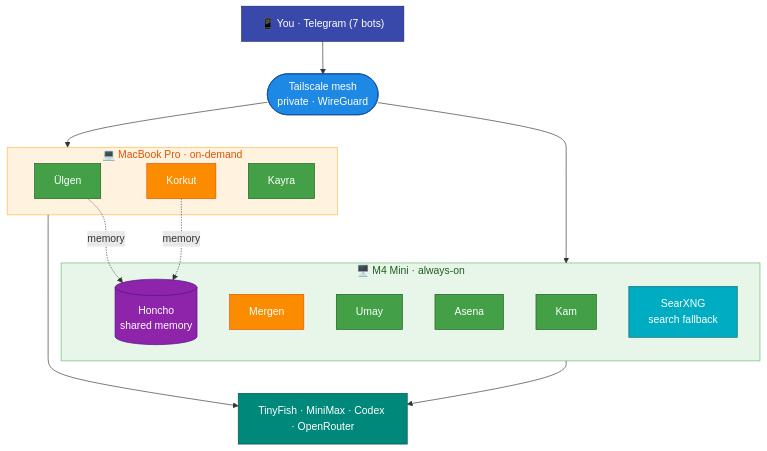
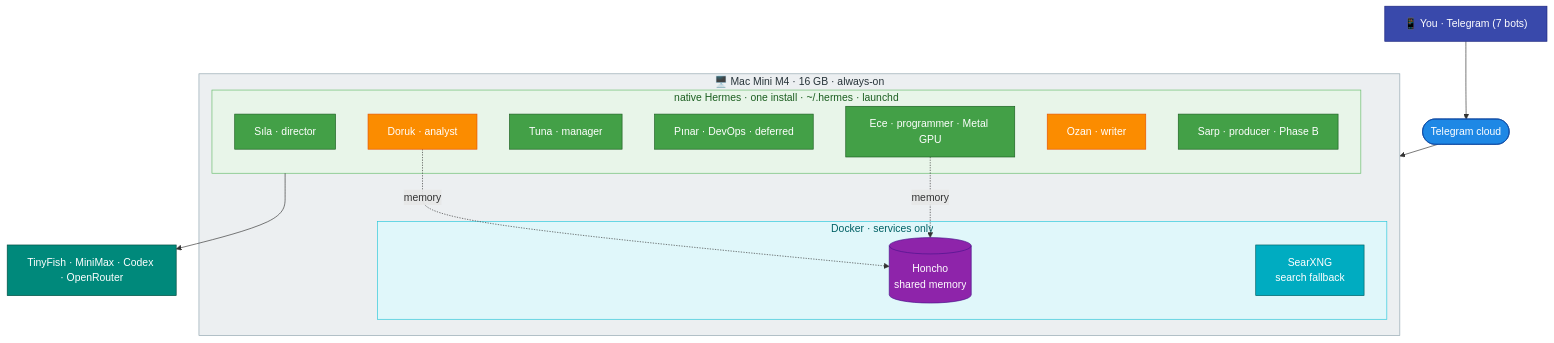
Before and after one commit to mpolatcan/hermes-setup: the first of 2 diagrams in README.md, drawn with Mermaid. The commit also changed other lines of this file and 14 other files, not shown here.

First line of the commit message:
Rewrite plan: native single-Mini architecture + Turkish studio crew

````diff
--- a/README.md
+++ b/README.md
@@ -5,34 +5,35 @@
 ```mermaid
 flowchart TB
     you["📱 You · Telegram (7 bots)"]:::user
-    you --> net(["Tailscale mesh<br/>private · WireGuard"]):::net
-    subgraph mini["🖥️ M4 Mini · always-on"]
-        Kam["Kam"]:::mini
-        Mergen["Mergen"]:::codex
-        Umay["Umay"]:::mini
-        Asena["Asena"]:::mini
-        Honcho[("Honcho<br/>shared memory")]:::infra
-        SearXNG["SearXNG<br/>search fallback"]:::svc
+    you --> tg(["Telegram cloud"]):::net
+    subgraph mini["🖥️ Mac Mini M4 · 16 GB · always-on"]
+        subgraph hermes["native Hermes · one install · ~/.hermes · launchd"]
+            general["Sıla · director"]:::mini
+            research["Doruk · analyst"]:::codex
+            concierge["Tuna · manager"]:::mini
+            ops["Pınar · DevOps · deferred"]:::mini
+            coder["Ece · programmer · Metal GPU"]:::mini
+            writer["Ozan · writer"]:::codex
+            producer["Sarp · producer · Phase B"]:::mini
+        end
+        subgraph svc["Docker · services only"]
+            Honcho[("Honcho<br/>shared memory")]:::infra
+            SearXNG["SearXNG<br/>search fallback"]:::svc
+        end
     end
-    subgraph mbp["💻 MacBook Pro · on-demand"]
-        Ulgen["Ülgen"]:::mini
-        Korkut["Korkut"]:::codex
-        Kayra["Kayra"]:::mini
-    end
-    net --> mini
-    net --> mbp
-    Ulgen -. memory .-> Honcho
-    Korkut -. memory .-> Honcho
+    tg --> mini
+    coder -. memory .-> Honcho
+    research -. memory .-> Honcho
     ext["TinyFish · MiniMax · Codex · OpenRouter"]:::ext
-    mini --> ext
-    mbp --> ext
+    hermes --> ext
     classDef user fill:#3949AB,stroke:#1A237E,color:#fff
     classDef net fill:#1E88E5,stroke:#0D47A1,color:#fff
     classDef mini fill:#43A047,stroke:#1B5E20,color:#fff
     classDef codex fill:#FB8C00,stroke:#E65100,color:#fff
     classDef infra fill:#8E24AA,stroke:#4A148C,color:#fff
     classDef svc fill:#00ACC1,stroke:#006064,color:#fff
     classDef ext fill:#00897B,stroke:#004D40,color:#fff
-    style mini fill:#E8F5E9,stroke:#66BB6A,color:#1B5E20
-    style mbp fill:#FFF3E0,stroke:#FFB74D,color:#E65100
+    style mini fill:#ECEFF1,stroke:#90A4AE,color:#263238
+    style hermes fill:#E8F5E9,stroke:#66BB6A,color:#1B5E20
+    style svc fill:#E0F7FA,stroke:#26C6DA,color:#006064
 ```
````
